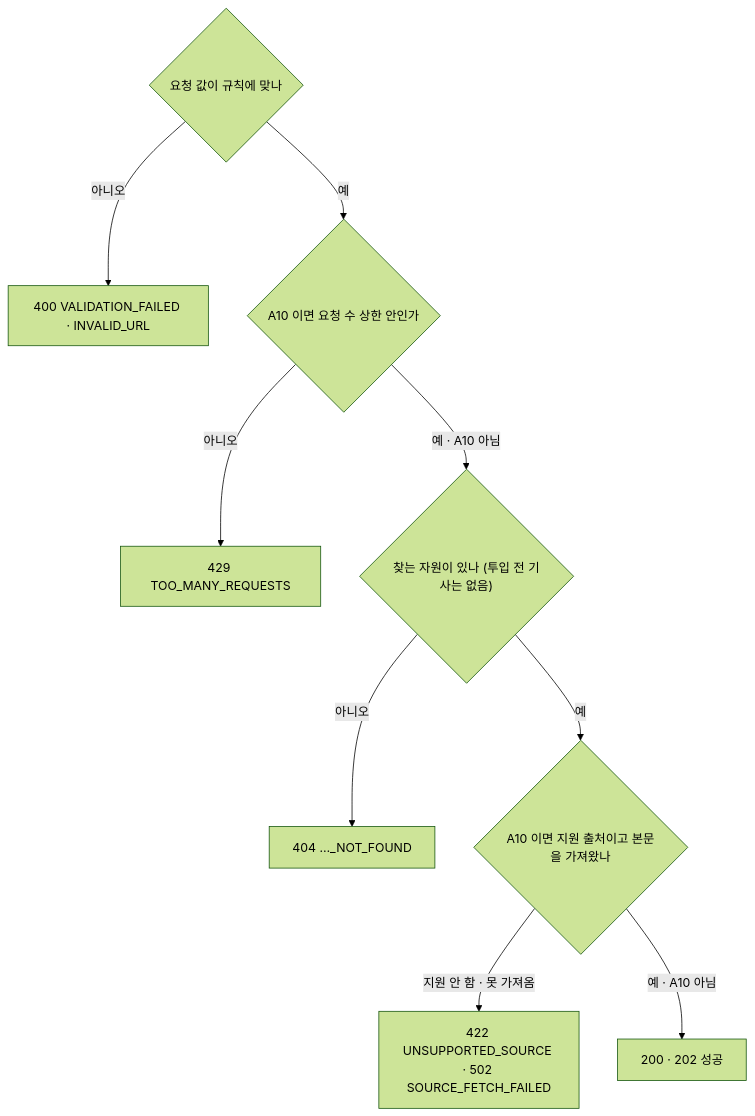
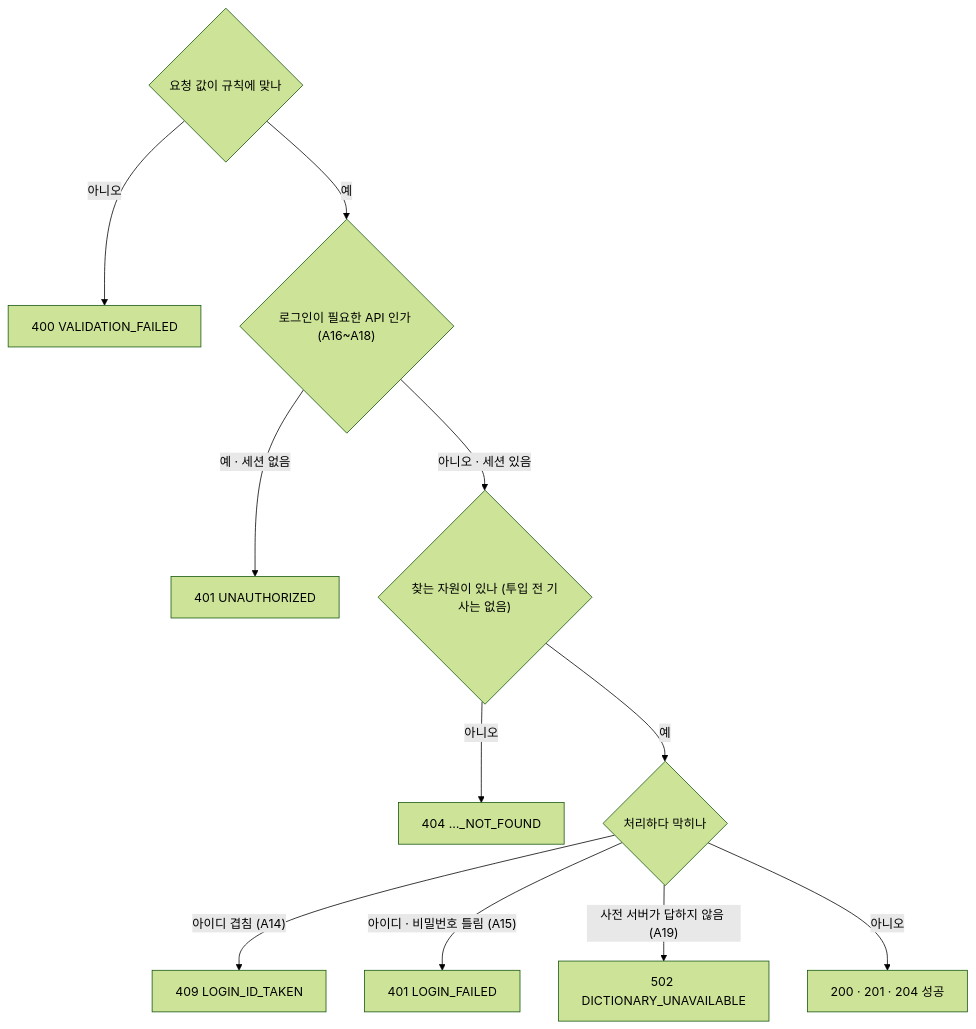
Before and after one commit to a102-NEWLEARN/NEW-LEARN: the second of 5 diagrams in docs/api.md, drawn with Mermaid (forest theme). The commit also changed other lines of this file and 2 other files, not shown here.

First line of the commit message:
docs(common): API 명세 v1 — URL 분석 삭제, 회원 · 용어사전 · ISSUE 단계 · 가지 4개

````diff
--- a/docs/api.md
+++ b/docs/api.md
@@ -88,11 +93,13 @@
 ```mermaid
 flowchart TD
-  V{"요청 값이 규칙에 맞나"} -- "아니오" --> E400["400 VALIDATION_FAILED · INVALID_URL"]
-  V -- "예" --> L{"A10 이면 요청 수 상한 안인가"}
-  L -- "아니오" --> E429["429 TOO_MANY_REQUESTS"]
-  L -- "예 · A10 아님" --> F{"찾는 자원이 있나 (투입 전 기사는 없음)"}
+  V{"요청 값이 규칙에 맞나"} -- "아니오" --> E400["400 VALIDATION_FAILED"]
+  V -- "예" --> A{"로그인이 필요한 API 인가 (A16~A18)"}
+  A -- "예 · 세션 없음" --> E401["401 UNAUTHORIZED"]
+  A -- "아니오 · 세션 있음" --> F{"찾는 자원이 있나 (투입 전 기사는 없음)"}
   F -- "아니오" --> E404["404 …_NOT_FOUND"]
-  F -- "예" --> S{"A10 이면 지원 출처이고 본문을 가져왔나"}
-  S -- "지원 안 함 · 못 가져옴" --> E4225["422 UNSUPPORTED_SOURCE · 502 SOURCE_FETCH_FAILED"]
-  S -- "예 · A10 아님" --> OK["200 · 202 성공"]
+  F -- "예" --> P{"처리하다 막히나"}
+  P -- "아이디 겹침 (A14)" --> E409["409 LOGIN_ID_TAKEN"]
+  P -- "아이디 · 비밀번호 틀림 (A15)" --> E401b["401 LOGIN_FAILED"]
+  P -- "사전 서버가 답하지 않음 (A19)" --> E502["502 DICTIONARY_UNAVAILABLE"]
+  P -- "아니오" --> OK["200 · 201 · 204 성공"]
 ```
````
